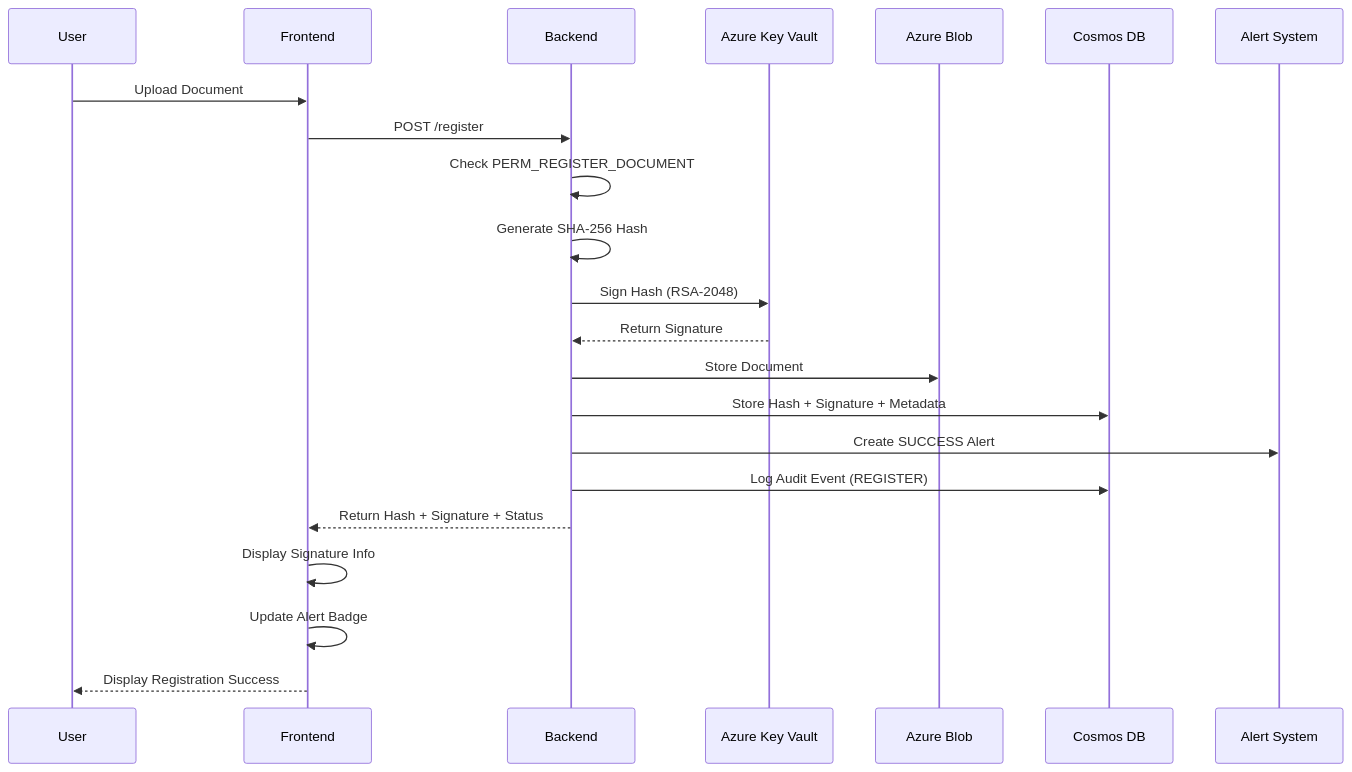
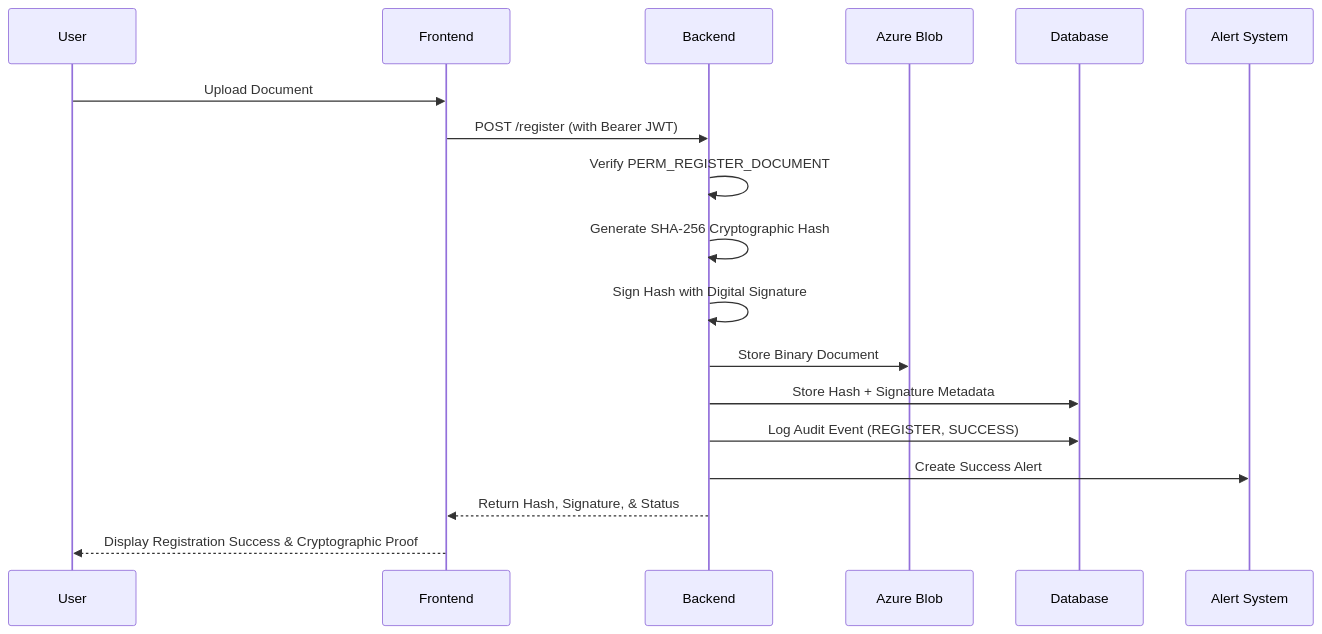
The second of 3 diagrams in README.md (Jatin-code16/varitydoc), drawn with Mermaid before and after one commit. The commit also changed other lines of this file and 38 other files, not shown here.

````diff
--- a/README.md
+++ b/README.md
@@ -217,17 +88,14 @@
 ```mermaid
 sequenceDiagram
     User->>Frontend: Upload Document
-    Frontend->>Backend: POST /register
-    Backend->>Backend: Check PERM_REGISTER_DOCUMENT
-    Backend->>Backend: Generate SHA-256 Hash
-    Backend->>Azure Key Vault: Sign Hash (RSA-2048)
-    Azure Key Vault-->>Backend: Return Signature
-    Backend->>Azure Blob: Store Document
-    Backend->>Cosmos DB: Store Hash + Signature + Metadata
-    Backend->>Alert System: Create SUCCESS Alert
-    Backend->>Cosmos DB: Log Audit Event (REGISTER)
-    Backend-->>Frontend: Return Hash + Signature + Status
-    Frontend->>Frontend: Display Signature Info
-    Frontend->>Frontend: Update Alert Badge
-    Frontend-->>User: Display Registration Success
+    Frontend->>Backend: POST /register (with Bearer JWT)
+    Backend->>Backend: Verify PERM_REGISTER_DOCUMENT
+    Backend->>Backend: Generate SHA-256 Cryptographic Hash
+    Backend->>Backend: Sign Hash with Digital Signature
+    Backend->>Azure Blob: Store Binary Document
+    Backend->>Database: Store Hash + Signature Metadata
+    Backend->>Database: Log Audit Event (REGISTER, SUCCESS)
+    Backend->>Alert System: Create Success Alert
+    Backend-->>Frontend: Return Hash, Signature, & Status
+    Frontend-->>User: Display Registration Success & Cryptographic Proof
 ```
````
